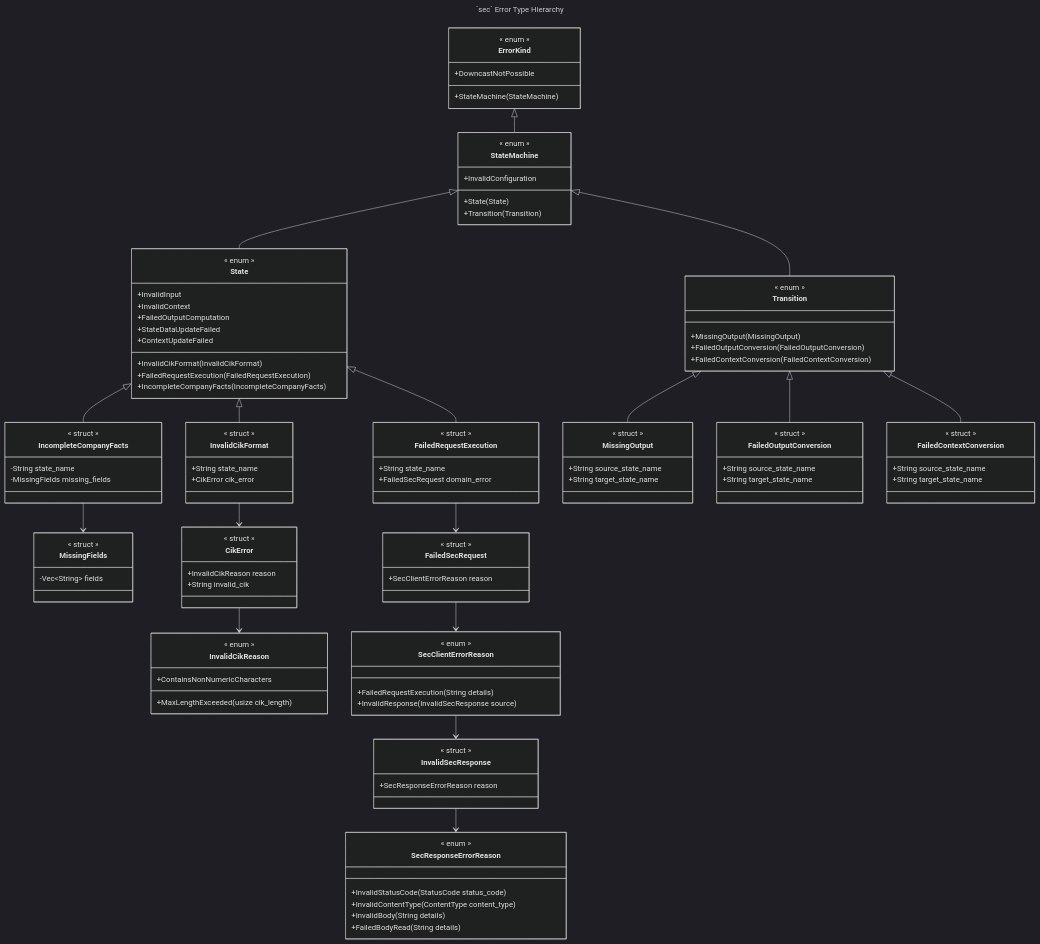
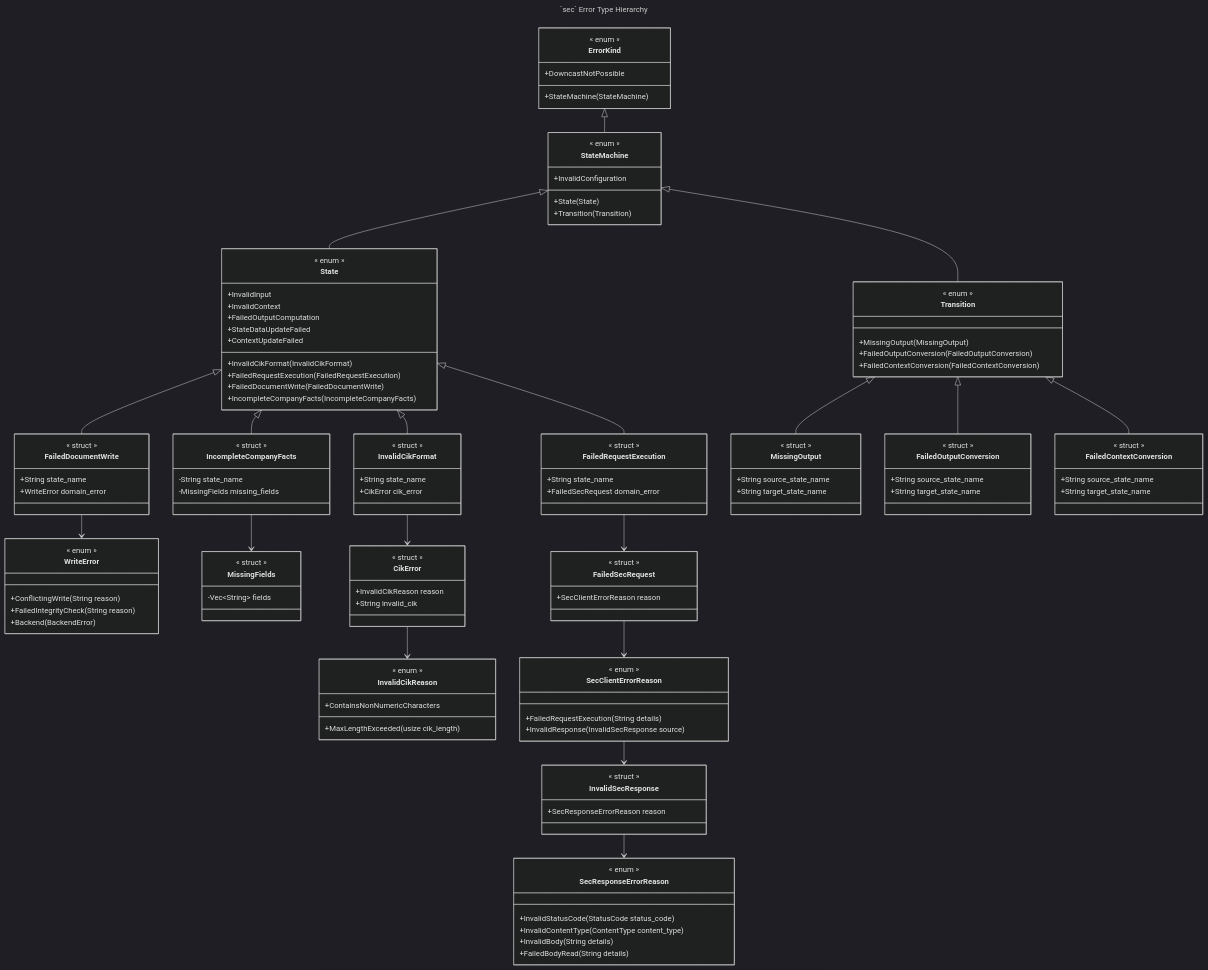
Before and after one commit to ironcapitaleu/arkad: the diagram in sec/design/uml_class_diagram/sec_error_handling.md, drawn with Mermaid (dark theme). The commit also changed 3 other files, not shown here.

First line of the commit message:
doc(sec): show StoreCompanyFacts and FailedDocumentWrite in the diagrams

```diff
--- a/sec/design/uml_class_diagram/sec_error_handling.md
+++ b/sec/design/uml_class_diagram/sec_error_handling.md
@@ -23,6 +23,7 @@
         %% Errors from internal state operations
         +InvalidCikFormat(InvalidCikFormat)
         +FailedRequestExecution(FailedRequestExecution)
+        +FailedDocumentWrite(FailedDocumentWrite)
         +IncompleteCompanyFacts(IncompleteCompanyFacts)
         +InvalidInput
         +InvalidContext
@@ -51,6 +52,21 @@
         %% State-level wrapper for request execution errors
         +String state_name
         +FailedSecRequest domain_error
+    }
+
+    class FailedDocumentWrite{
+        << struct >>
+        %% State-level wrapper for a write that the store rejected
+        +String state_name
+        +WriteError domain_error
+    }
+
+    class WriteError{
+        << enum >>
+        %% `storage::WriteError`, from the `storage` crate
+        +ConflictingWrite(String reason)
+        +FailedIntegrityCheck(String reason)
+        +Backend(BackendError)
     }
 
     class IncompleteCompanyFacts{
@@ -137,6 +153,7 @@
     %% State error wraps domain errors
     State <|-- InvalidCikFormat
     State <|-- FailedRequestExecution
+    State <|-- FailedDocumentWrite
     State <|-- IncompleteCompanyFacts
 
     %% Transition error wraps specific errors
@@ -149,6 +166,7 @@
     CikError --> InvalidCikReason
     IncompleteCompanyFacts --> MissingFields
     FailedRequestExecution --> FailedSecRequest
+    FailedDocumentWrite --> WriteError
     FailedSecRequest --> SecClientErrorReason
     SecClientErrorReason --> InvalidSecResponse
     InvalidSecResponse --> SecResponseErrorReason
```
